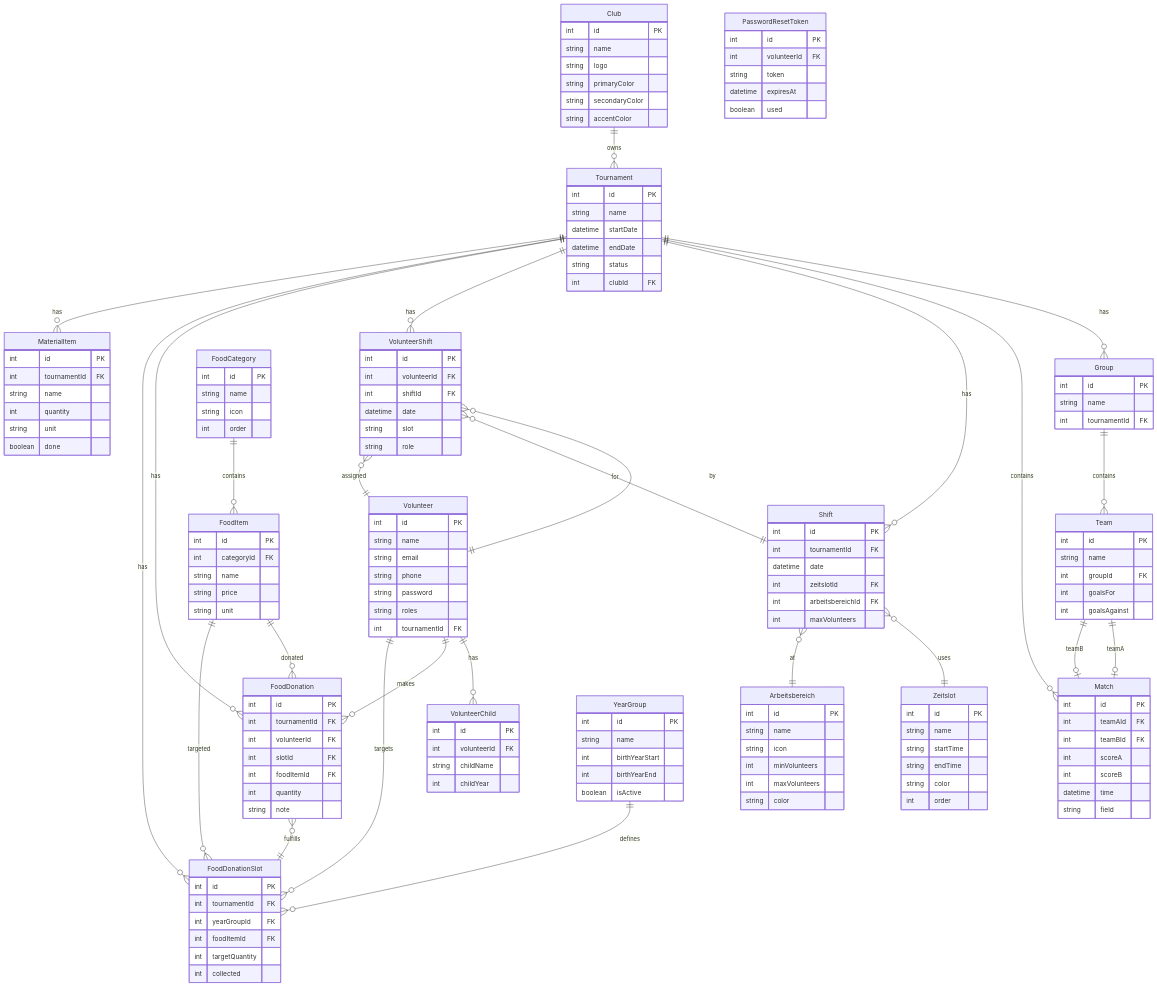
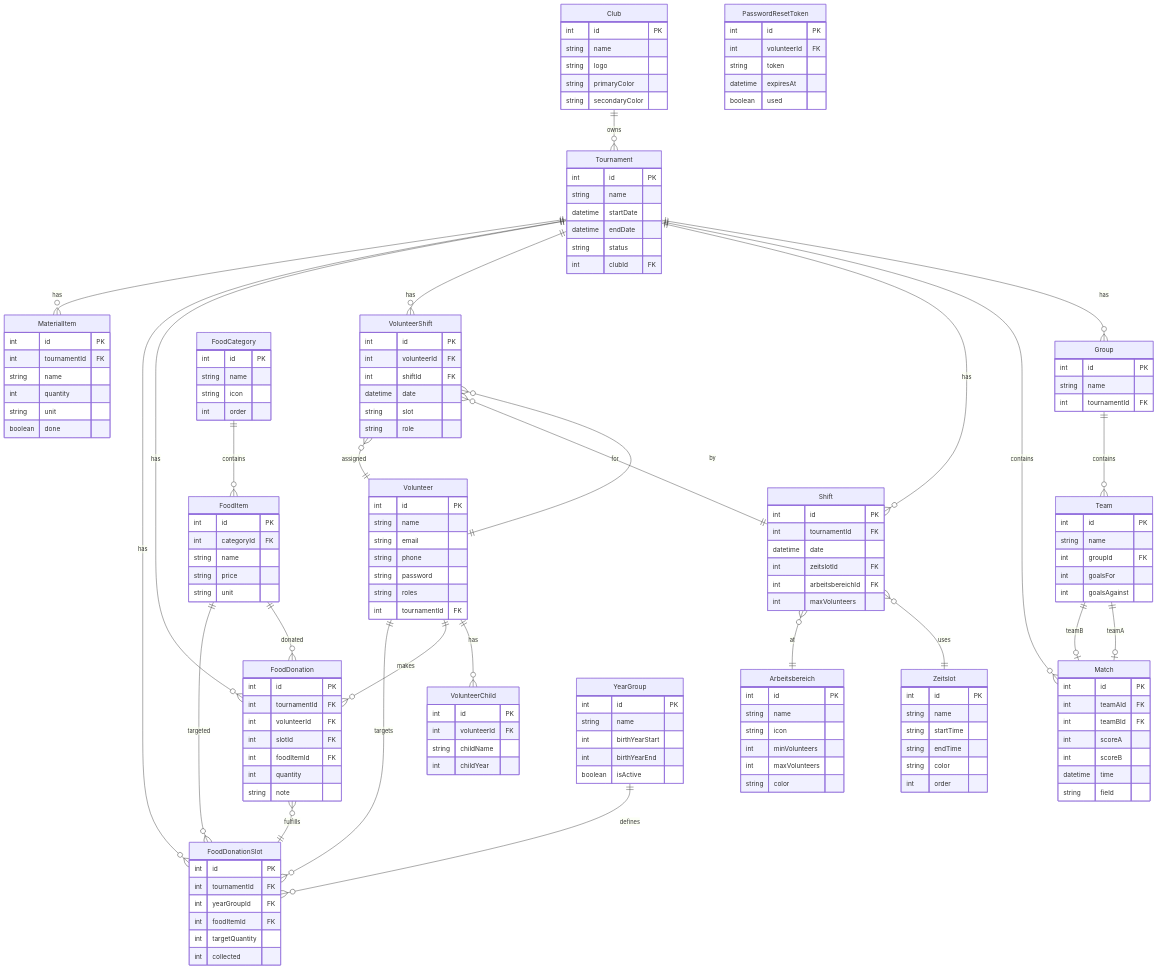
One commit to peterphilipp/Turnier-Planer changed the second of 2 diagrams in README.md. Above: the diagram before and after it, drawn with Mermaid. The commit also changed other lines of this file and 20 other files, not shown here.

```diff
--- a/README.md
+++ b/README.md
@@ -117,7 +117,6 @@
         string logo
         string primaryColor
         string secondaryColor
-        string accentColor
     }
 
     Tournament {
```
